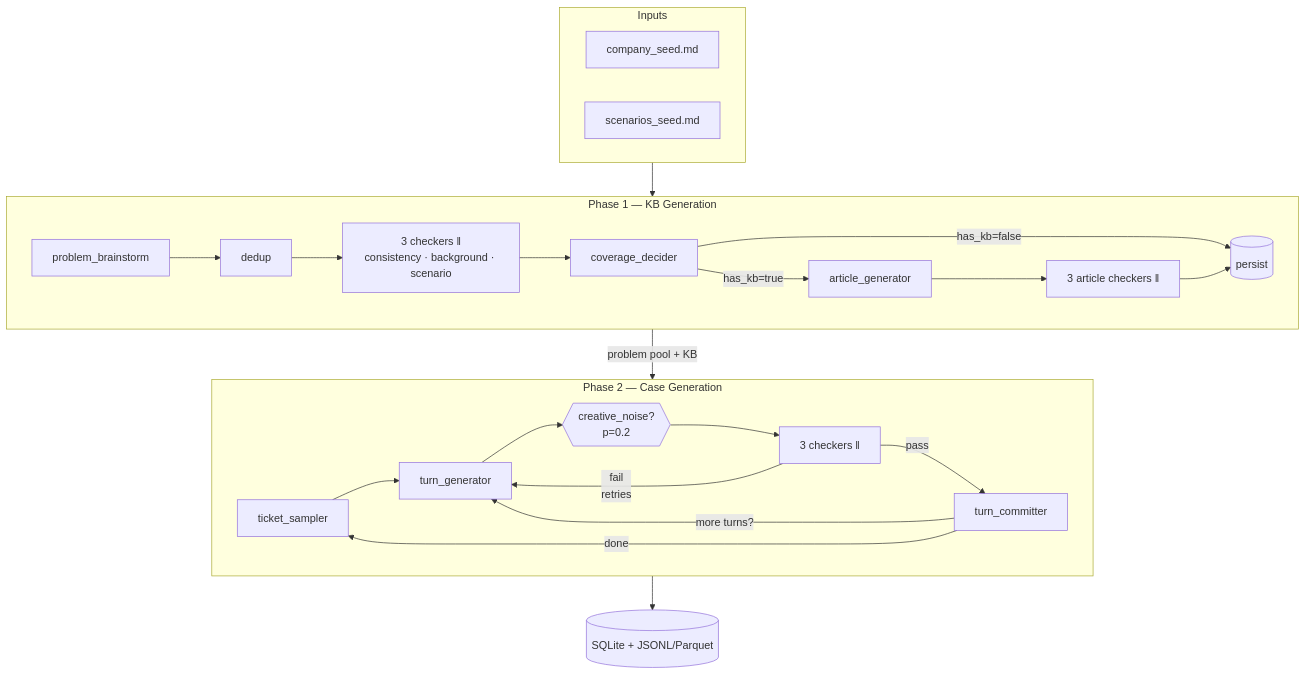
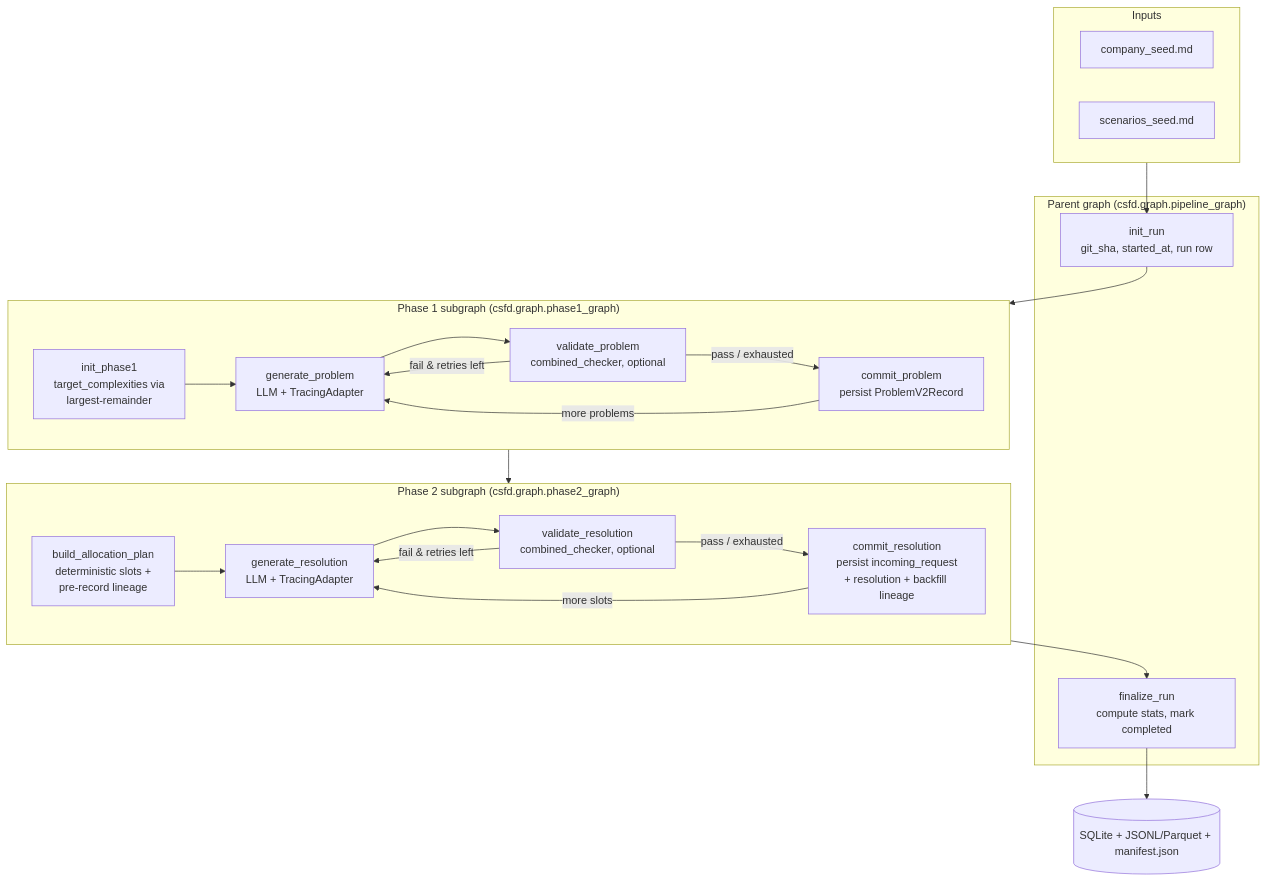
Before and after one commit to iamthejao/customer_support_data_generator: the diagram in README.md, drawn with Mermaid. The commit also changed other lines of this file and 121 other files, not shown here.

````diff
--- a/README.md
+++ b/README.md
@@ -37,28 +74,38 @@
 ```mermaid
 flowchart TB
     subgraph Seeds["Inputs"]
         C[company_seed.md]
         S[scenarios_seed.md]
     end
-    subgraph P1["Phase 1 — KB Generation"]
-        PB[problem_brainstorm] --> PD[dedup]
-        PD --> PCK["3 checkers ‖<br>consistency · background · scenario"]
-        PCK --> CD[coverage_decider]
-        CD -->|has_kb=true| AG[article_generator]
-        CD -->|has_kb=false| WP[(persist)]
-        AG --> ACK["3 article checkers ‖"]
-        ACK --> WP
+    subgraph PARENT["Parent graph (csfd.graph.pipeline_graph)"]
+        IR[init_run<br>git_sha, started_at, run row]
+        FR[finalize_run<br>compute stats, mark completed]
     end
-    subgraph P2["Phase 2 — Case Generation"]
-        TS[ticket_sampler] --> TG[turn_generator]
-        TG --> CN{{creative_noise?<br>p=0.2}}
-        CN --> TCK["3 checkers ‖"]
-        TCK -->|fail<br>retries<max| TG
-        TCK -->|pass| TC[turn_committer]
-        TC -->|more turns?| TG
-        TC -->|done| TS
+    subgraph P1["Phase 1 subgraph (csfd.graph.phase1_graph)"]
+        IP[init_phase1<br>target_complexities via<br>largest-remainder]
+        GP[generate_problem<br>LLM + TracingAdapter]
+        VP[validate_problem<br>combined_checker, optional]
+        CP[commit_problem<br>persist ProblemV2Record]
+        IP --> GP
+        GP --> VP
+        VP -->|fail & retries left| GP
+        VP -->|pass / exhausted| CP
+        CP -->|more problems| GP
     end
-    Seeds --> P1
-    P1 -->|problem pool + KB| P2
-    P2 --> Export[(SQLite + JSONL/Parquet)]
+    subgraph P2["Phase 2 subgraph (csfd.graph.phase2_graph)"]
+        BAP[build_allocation_plan<br>deterministic slots +<br>pre-record lineage]
+        GR[generate_resolution<br>LLM + TracingAdapter]
+        VR[validate_resolution<br>combined_checker, optional]
+        CR[commit_resolution<br>persist incoming_request<br>+ resolution + backfill lineage]
+        BAP --> GR
+        GR --> VR
+        VR -->|fail & retries left| GR
+        VR -->|pass / exhausted| CR
+        CR -->|more slots| GR
+    end
+    Seeds --> IR
+    IR --> P1
+    P1 --> P2
+    P2 --> FR
+    FR --> EX[(SQLite + JSONL/Parquet + manifest.json)]
 ```
````
